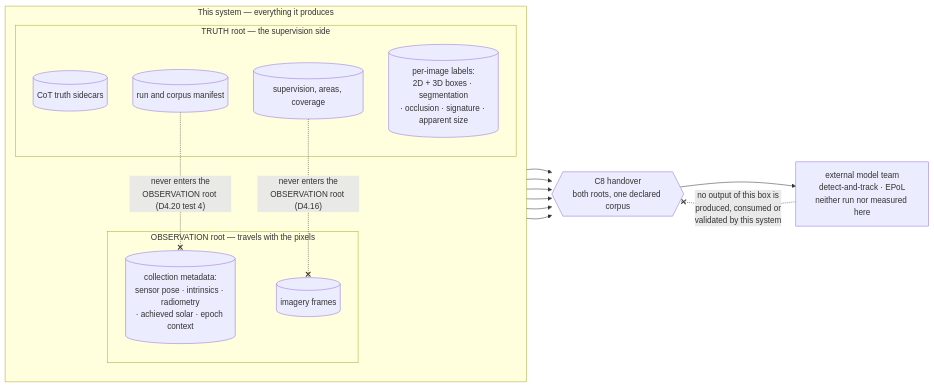
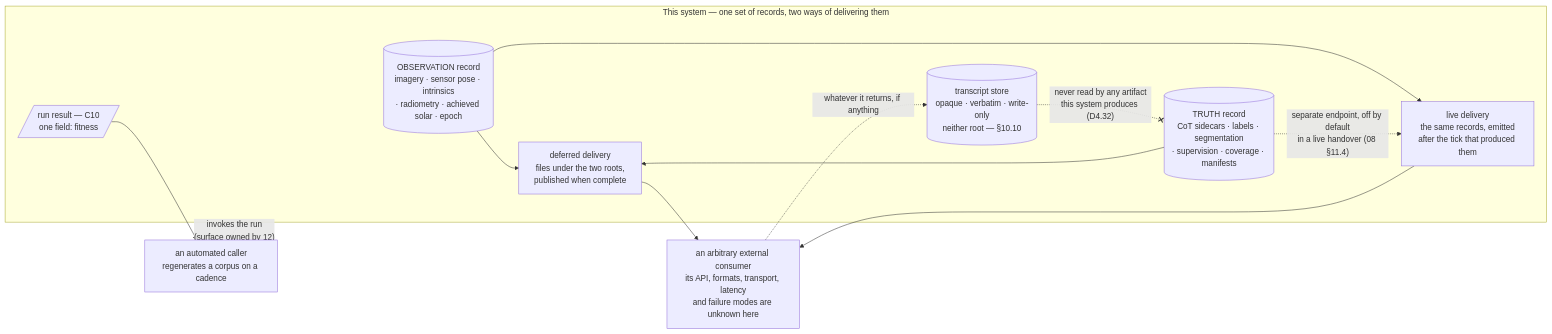
The fourth of 7 diagrams in Docs/CAT_Research/Plans/SUMO_Behavioral_Capture/04_Contracts.md (sbrett9/carla), drawn with Mermaid before and after one commit. The commit also changed other lines of this file and 5 other files, not shown here.

````diff
--- a/Docs/CAT_Research/Plans/SUMO_Behavioral_Capture/04_Contracts.md
+++ b/Docs/CAT_Research/Plans/SUMO_Behavioral_Capture/04_Contracts.md
@@ -2308,29 +2385,24 @@
 ```mermaid
 flowchart LR
-  subgraph ours["This system — everything it produces"]
-    direction TB
-    subgraph obs["OBSERVATION root — travels with the pixels"]
-      IMG[("imagery frames")]
-      COL[("collection metadata:<br/>sensor pose · intrinsics · radiometry<br/>· achieved solar · epoch context")]
-    end
-    subgraph tru["TRUTH root — the supervision side"]
-      SID[("CoT truth sidecars")]
-      LAB[("per-image labels:<br/>2D + 3D boxes · segmentation<br/>· occlusion · signature · apparent size")]
-      SUP[("supervision, areas, coverage")]
-      MAN[("run and corpus manifest")]
-    end
+  subgraph ours["This system — one set of records, two ways of delivering them"]
+    OBSR[("OBSERVATION record<br/>imagery · sensor pose · intrinsics<br/>· radiometry · achieved solar · epoch")]
+    TRUR[("TRUTH record<br/>CoT sidecars · labels · segmentation<br/>· supervision · coverage · manifests")]
+    DEF["deferred delivery<br/>files under the two roots,<br/>published when complete"]
+    LIVE["live delivery<br/>the same records, emitted<br/>after the tick that produced them"]
+    TRX[("transcript store<br/>opaque · verbatim · write-only<br/>neither root — §10.10")]
+    RES[/"run result — C10<br/>one field: fitness"/]
   end
-  HAND{{"C8 handover<br/>both roots, one declared corpus"}}
-  EXT["external model team<br/>detect-and-track · EPoL<br/>neither run nor measured here"]
+  CONS["an arbitrary external consumer<br/>its API, formats, transport, latency<br/>and failure modes are unknown here"]
+  AUTO["an automated caller<br/>regenerates a corpus on a cadence"]
 
-  IMG --> HAND
-  COL --> HAND
-  SID --> HAND
-  LAB --> HAND
-  SUP --> HAND
-  MAN --> HAND
-  HAND --> EXT
-  MAN -. "never enters the<br/>OBSERVATION root (D4.20 test 4)" .-x COL
-  SUP -. "never enters the<br/>OBSERVATION root (D4.16)" .-x IMG
-  EXT -. "no output of this box is<br/>produced, consumed or<br/>validated by this system" .-x HAND
+  OBSR --> DEF
+  TRUR --> DEF
+  OBSR --> LIVE
+  TRUR -. "separate endpoint, off by default<br/>in a live handover (08 §11.4)" .-> LIVE
+  DEF --> CONS
+  LIVE --> CONS
+  CONS -. "whatever it returns, if anything" .-> TRX
+  TRX -. "never read by any artifact<br/>this system produces (D4.32)" .-x TRUR
+  RES --> AUTO
+  AUTO -. "invokes the run<br/>(surface owned by 12)" .-> ours
 ```
````
